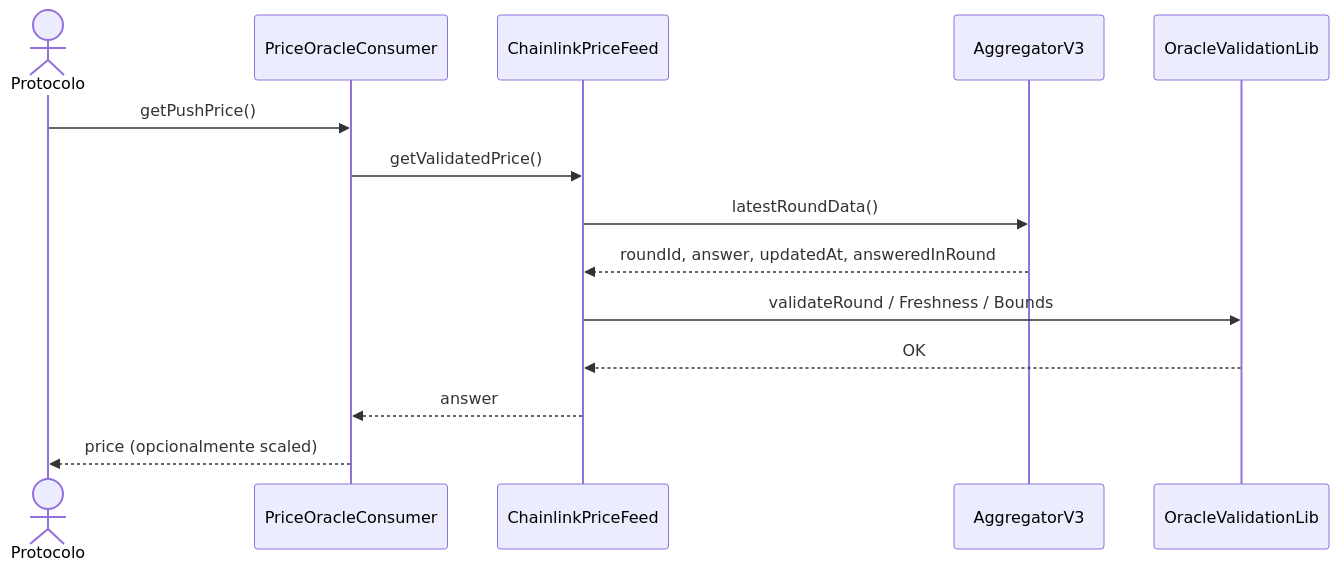
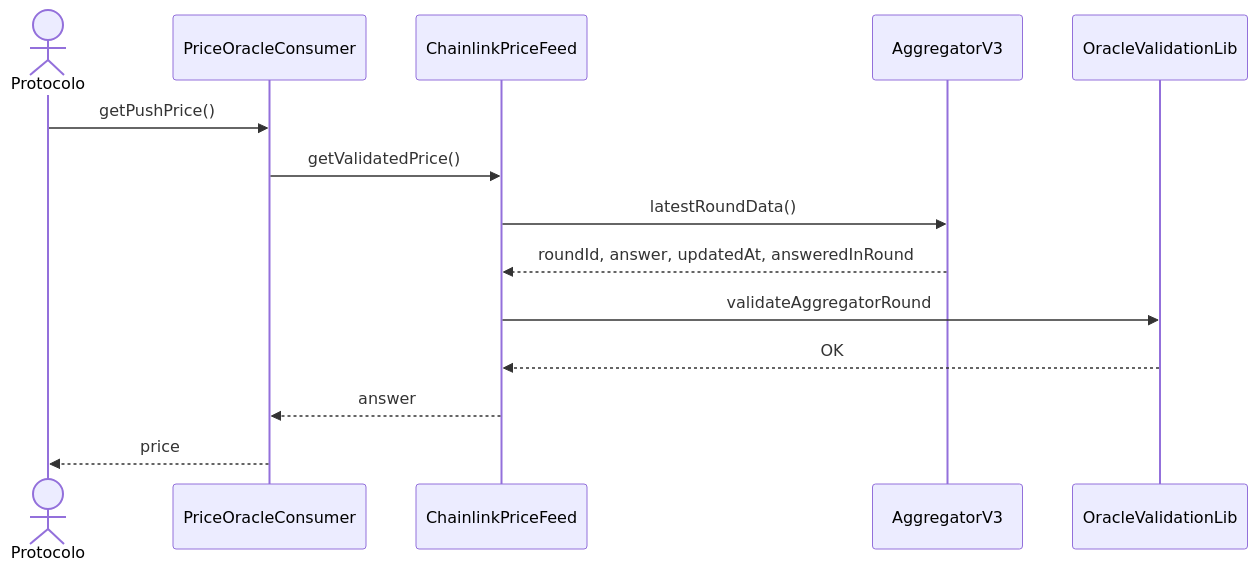
Before and after one commit to rastrahm/decentralized-oracles: the fifth of 7 diagrams in doc/flujograma.md, drawn with Mermaid. The commit also changed other lines of this file and 12 other files, not shown here.

````diff
--- a/doc/flujograma.md
+++ b/doc/flujograma.md
@@ -103,17 +109,17 @@
 ```mermaid
 sequenceDiagram
     actor Proto as Protocolo
     participant Cons as PriceOracleConsumer
     participant CL as ChainlinkPriceFeed
     participant Agg as AggregatorV3
     participant Lib as OracleValidationLib
 
     Proto->>Cons: getPushPrice()
     Cons->>CL: getValidatedPrice()
     CL->>Agg: latestRoundData()
     Agg-->>CL: roundId, answer, updatedAt, answeredInRound
-    CL->>Lib: validateRound / Freshness / Bounds
+    CL->>Lib: validateAggregatorRound
     Lib-->>CL: OK
     CL-->>Cons: answer
-    Cons-->>Proto: price (opcionalmente scaled)
+    Cons-->>Proto: price
 ```
````
